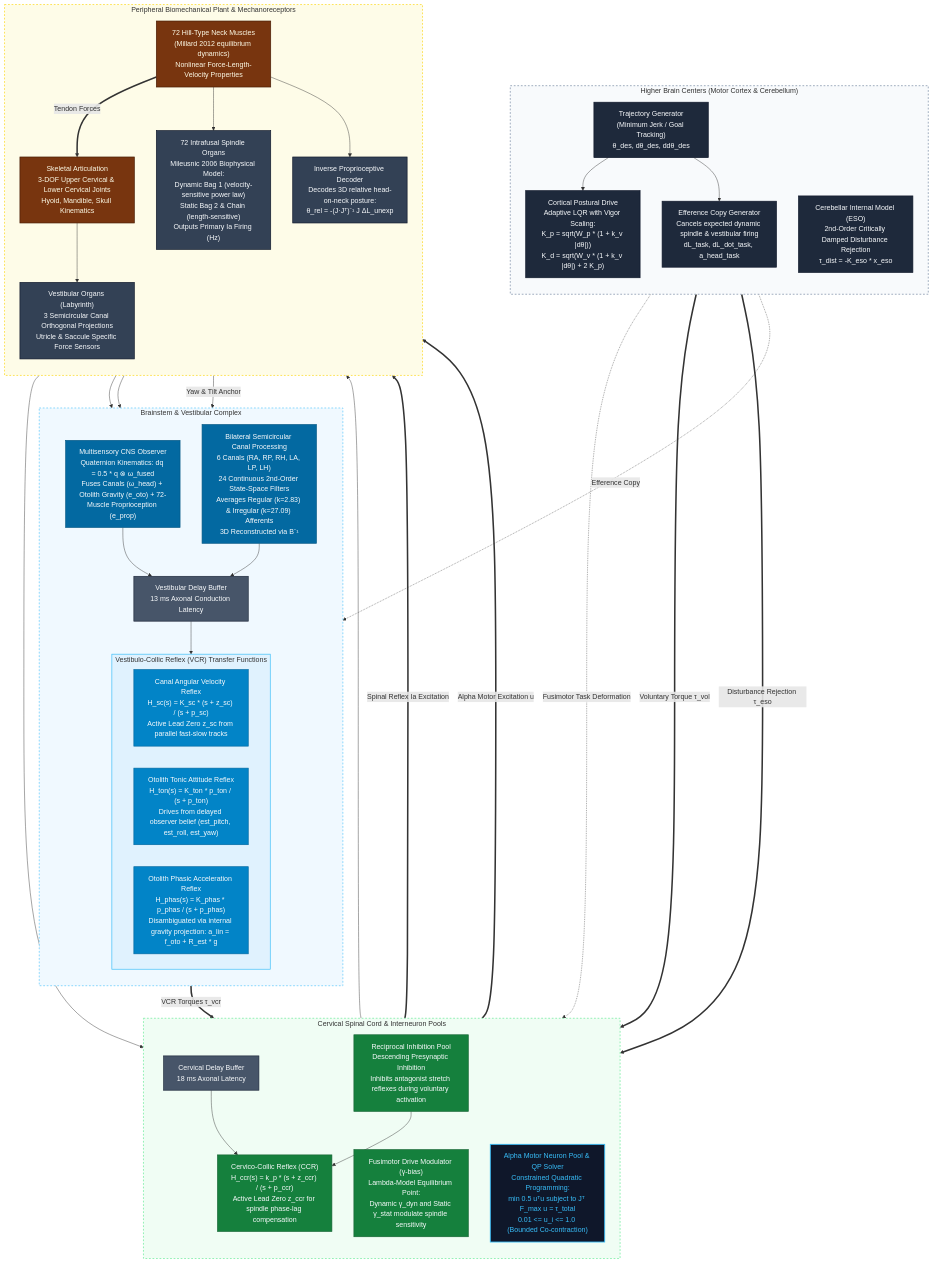
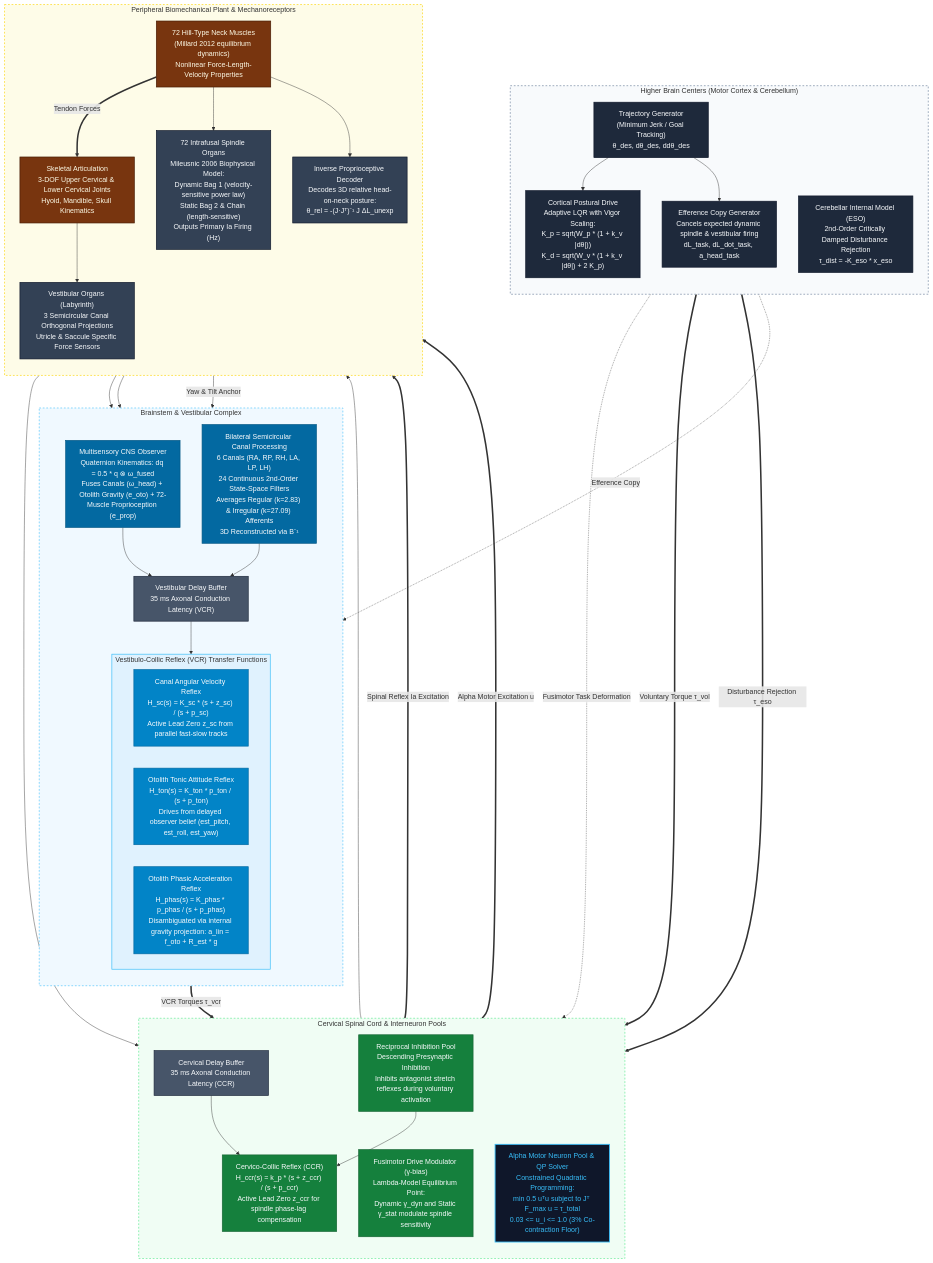
One commit to utkuoguzman/HeadNeck_Control_w_Sensors_Opensim4_6 changed the second of 2 diagrams in docs/neuromotor_control_architecture_c4.md. Above: the diagram before and after it, drawn with Mermaid. The commit also changed other lines of this file and 6 other files, not shown here.

First line of the commit message:
feat(phase2.1): consolidated CCR/VCR parameterization, remove k_v, active lead ratios, tighten bounds

```diff
--- a/docs/neuromotor_control_architecture_c4.md
+++ b/docs/neuromotor_control_architecture_c4.md
@@ -59,7 +61,7 @@
         direction TB
         Mahony_Obs["Multisensory CNS Observer<br/>Quaternion Kinematics: dq = 0.5 * q ⊗ ω_fused<br/>Fuses Canals (ω_head) + Otolith Gravity (e_oto) + 72-Muscle Proprioception (e_prop)"]
         Canal_Dyn["Bilateral Semicircular Canal Processing<br/>6 Canals (RA, RP, RH, LA, LP, LH)<br/>24 Continuous 2nd-Order State-Space Filters<br/>Averages Regular (k=2.83) & Irregular (k=27.09) Afferents<br/>3D Reconstructed via B⁻¹"]
-        VCR_Buffer["Vestibular Delay Buffer<br/>13 ms Axonal Conduction Latency"]
+        VCR_Buffer["Vestibular Delay Buffer<br/>35 ms Axonal Conduction Latency (VCR)"]
         
         subgraph VCR_Loops ["Vestibulo-Collic Reflex (VCR) Transfer Functions"]
             TF_SC["Canal Angular Velocity Reflex<br/>H_sc(s) = K_sc * (s + z_sc) / (s + p_sc)<br/>Active Lead Zero z_sc from parallel fast-slow tracks"]
@@ -73,11 +75,11 @@
     %% ==========================================
     subgraph SPINAL_CORD ["Cervical Spinal Cord & Interneuron Pools"]
         direction TB
-        CCR_Buffer["Cervical Delay Buffer<br/>18 ms Axonal Latency"]
+        CCR_Buffer["Cervical Delay Buffer<br/>35 ms Axonal Conduction Latency (CCR)"]
         Fusimotor["Fusimotor Drive Modulator (γ-bias)<br/>Lambda-Model Equilibrium Point:<br/>Dynamic γ_dyn and Static γ_stat modulate spindle sensitivity"]
         CCR_Loop["Cervico-Collic Reflex (CCR)<br/>H_ccr(s) = k_p * (s + z_ccr) / (s + p_ccr)<br/>Active Lead Zero z_ccr for spindle phase-lag compensation"]
         Recip_Inhib["Reciprocal Inhibition Pool<br/>Descending Presynaptic Inhibition<br/>Inhibits antagonist stretch reflexes during voluntary activation"]
-        QP_Solver["Alpha Motor Neuron Pool & QP Solver<br/>Constrained Quadratic Programming:<br/>min 0.5 uᵀu subject to Jᵀ F_max u = τ_total<br/>0.01 <= u_i <= 1.0 (Bounded Co-contraction)"]
+        QP_Solver["Alpha Motor Neuron Pool & QP Solver<br/>Constrained Quadratic Programming:<br/>min 0.5 uᵀu subject to Jᵀ F_max u = τ_total<br/>0.03 <= u_i <= 1.0 (3% Co-contraction Floor)"]
     end
 
     %% ==========================================
```
